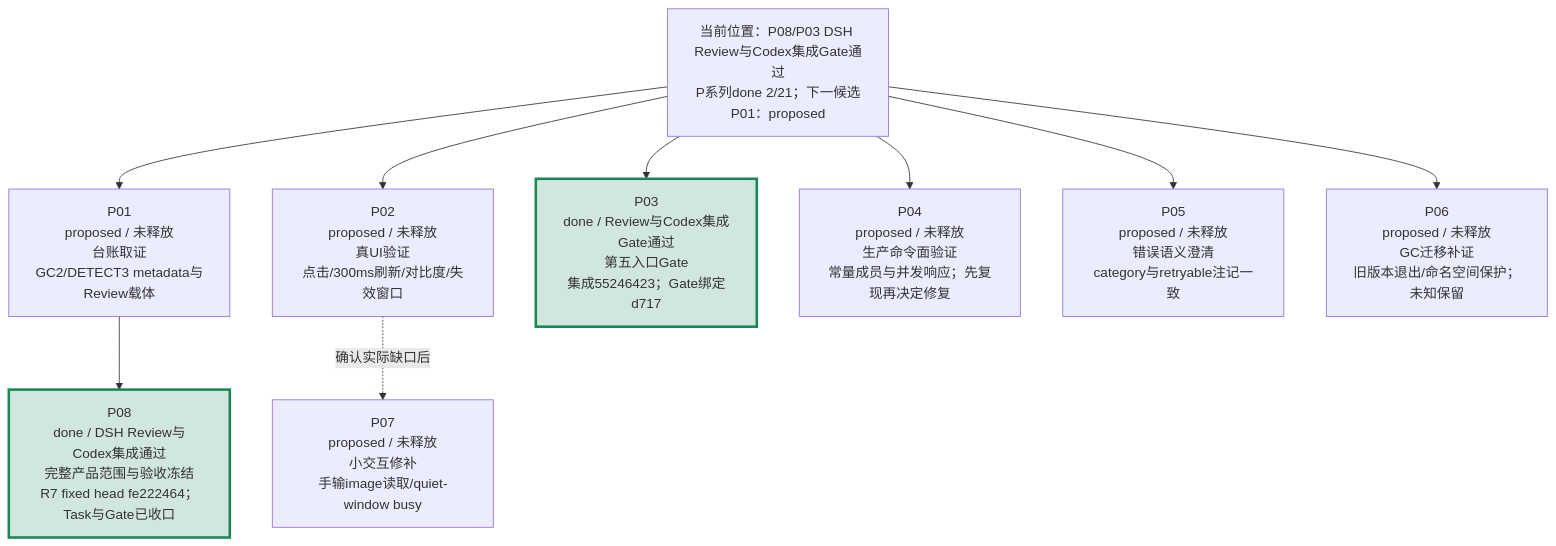
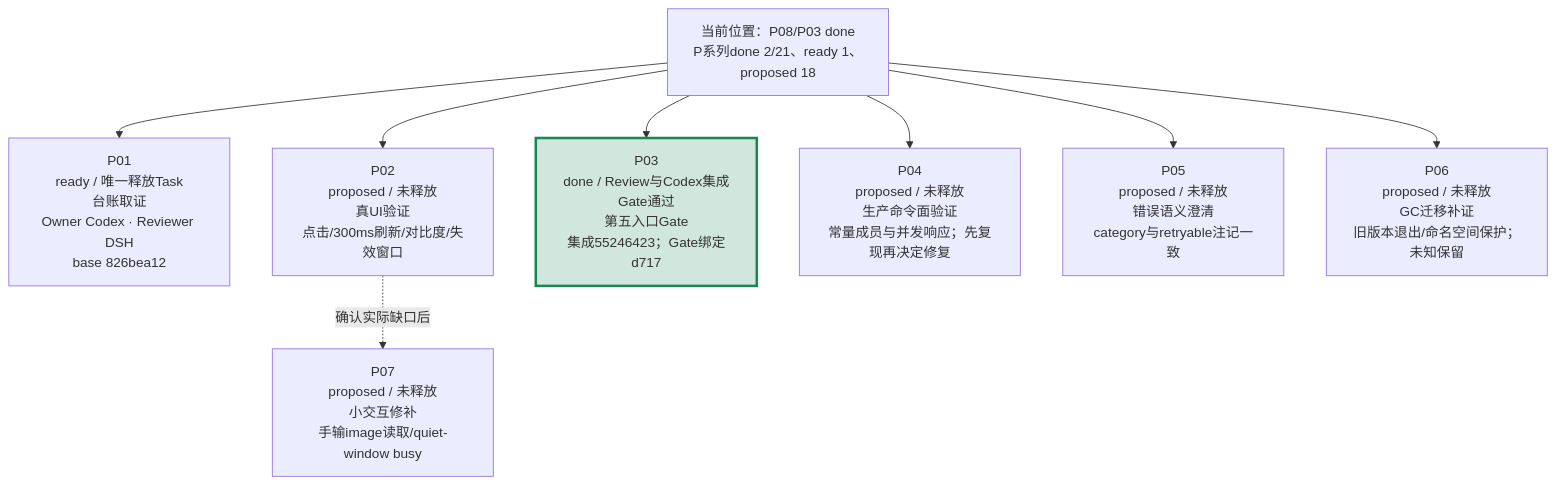
One commit to peakwheat-pixel/New-Manga changed the second of 4 diagrams in verification/PROJECT-ROADMAP-20261008/ROADMAP.md. Above: the diagram before and after it, drawn with Mermaid. The commit also changed other lines of this file and 9 other files, not shown here.

````diff
--- a/verification/PROJECT-ROADMAP-20261008/ROADMAP.md
+++ b/verification/PROJECT-ROADMAP-20261008/ROADMAP.md
@@ -30,13 +30,11 @@
 ```mermaid
 flowchart TB
-  BASE["当前位置：P08/P03 DSH Review与Codex集成Gate通过<br/>P系列done 2/21；下一候选P01：proposed"] --> P01["P01<br/>proposed / 未释放<br/>台账取证<br/>GC2/DETECT3 metadata与Review载体"]
+  BASE["当前位置：P08/P03 done<br/>P系列done 2/21、ready 1、proposed 18"] --> P01["P01<br/>ready / 唯一释放Task<br/>台账取证<br/>Owner Codex · Reviewer DSH<br/>base 826bea12"]
   BASE --> P02["P02<br/>proposed / 未释放<br/>真UI验证<br/>点击/300ms刷新/对比度/失效窗口"]
   BASE --> P03["P03<br/>done / Review与Codex集成Gate通过<br/>第五入口Gate<br/>集成55246423；Gate绑定d717"]
   BASE --> P04["P04<br/>proposed / 未释放<br/>生产命令面验证<br/>常量成员与并发响应；先复现再决定修复"]
   BASE --> P05["P05<br/>proposed / 未释放<br/>错误语义澄清<br/>category与retryable注记一致"]
   BASE --> P06["P06<br/>proposed / 未释放<br/>GC迁移补证<br/>旧版本退出/命名空间保护；未知保留"]
   P02 -. "确认实际缺口后" .-> P07["P07<br/>proposed / 未释放<br/>小交互修补<br/>手输image读取/quiet-window busy"]
-  P01 --> P08["P08<br/>done / DSH Review与Codex集成通过<br/>完整产品范围与验收冻结<br/>R7 fixed head fe222464；Task与Gate已收口"]
-  style P08 fill:#d1e7dd,stroke:#198754,stroke-width:3px
   style P03 fill:#d1e7dd,stroke:#198754,stroke-width:3px
 ```
````
